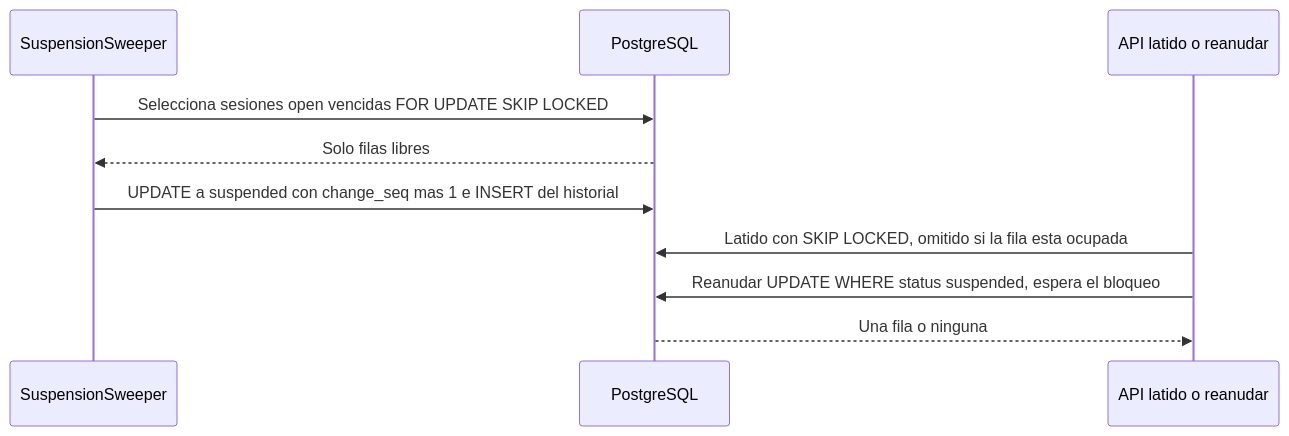
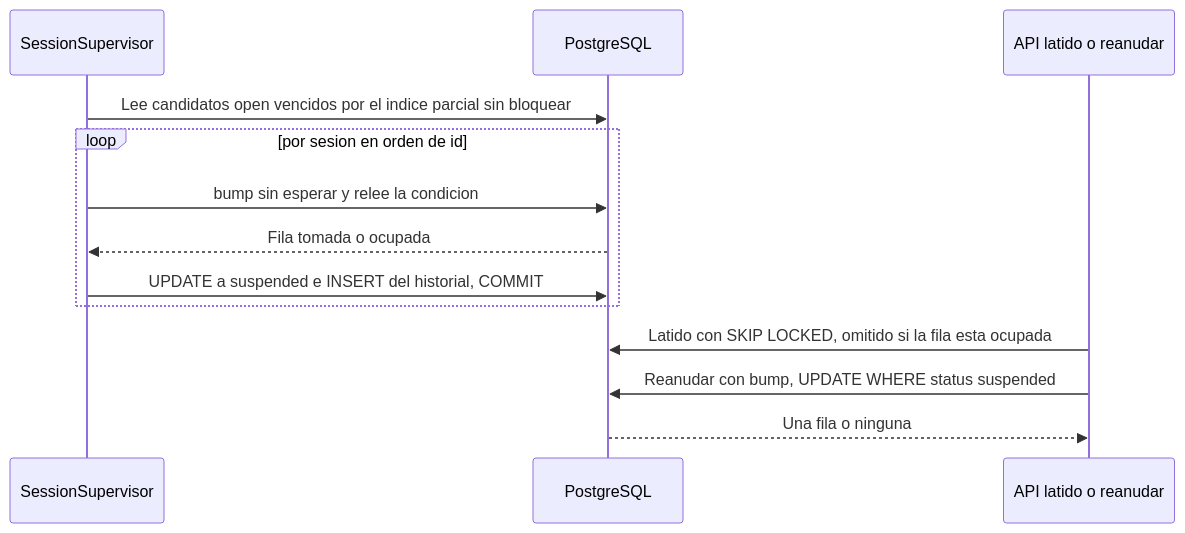
The diagram in aidlc/spaces/default/intents/261002-veridicus-mvp/construction/session-lifecycle/nfr-design/reliability-design.md (freyesJaveriana/tai), drawn with Mermaid before and after one commit. The commit also changed other lines of this file and 10 other files, not shown here.

````diff
--- a/aidlc/spaces/default/intents/261002-veridicus-mvp/construction/session-lifecycle/nfr-design/reliability-design.md
+++ b/aidlc/spaces/default/intents/261002-veridicus-mvp/construction/session-lifecycle/nfr-design/reliability-design.md
@@ -88,12 +79,15 @@
 ```mermaid
 sequenceDiagram
-  participant W as SuspensionSweeper
+  participant S as SessionSupervisor
   participant P as PostgreSQL
   participant A as API latido o reanudar
-  W->>P: Selecciona sesiones open vencidas FOR UPDATE SKIP LOCKED
-  P-->>W: Solo filas libres
-  W->>P: UPDATE a suspended con change_seq mas 1 e INSERT del historial
+  S->>P: Lee candidatos open vencidos por el indice parcial sin bloquear
+  loop por sesion en orden de id
+    S->>P: bump sin esperar y relee la condicion
+    P-->>S: Fila tomada o ocupada
+    S->>P: UPDATE a suspended e INSERT del historial, COMMIT
+  end
   A->>P: Latido con SKIP LOCKED, omitido si la fila esta ocupada
-  A->>P: Reanudar UPDATE WHERE status suspended, espera el bloqueo
+  A->>P: Reanudar con bump, UPDATE WHERE status suspended
   P-->>A: Una fila o ninguna
 ```
````
